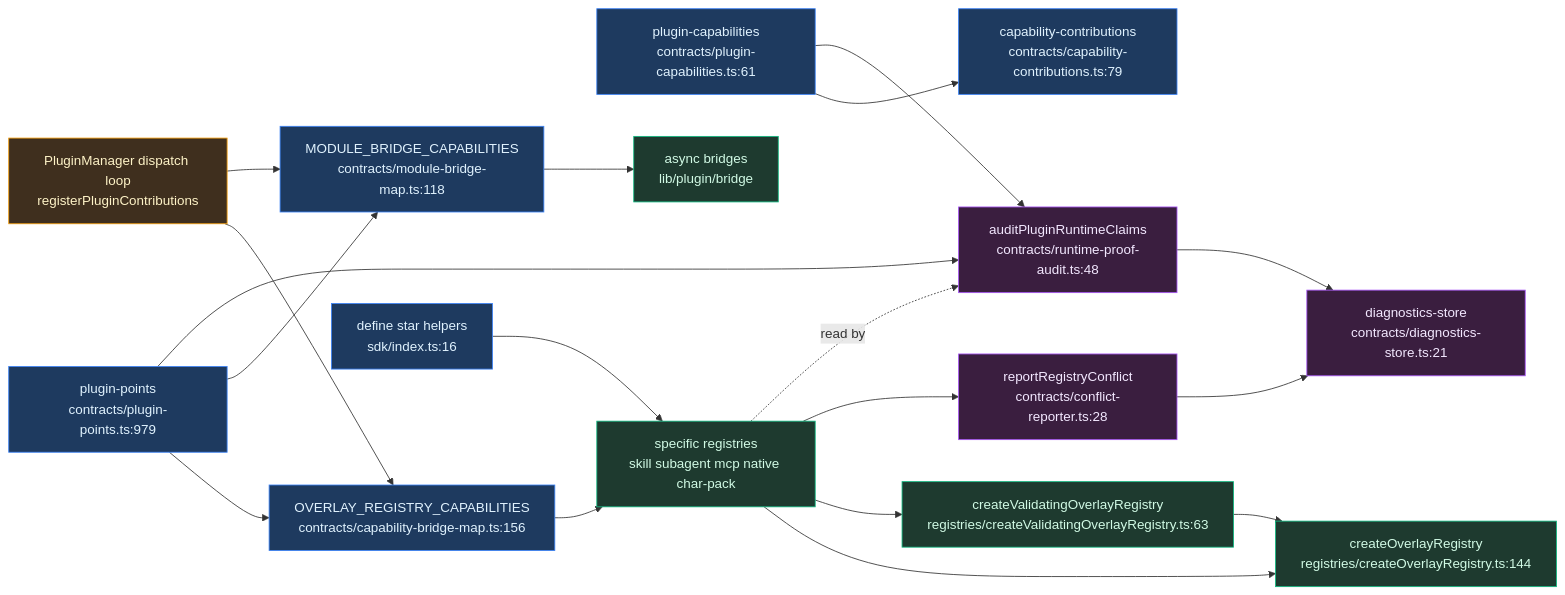
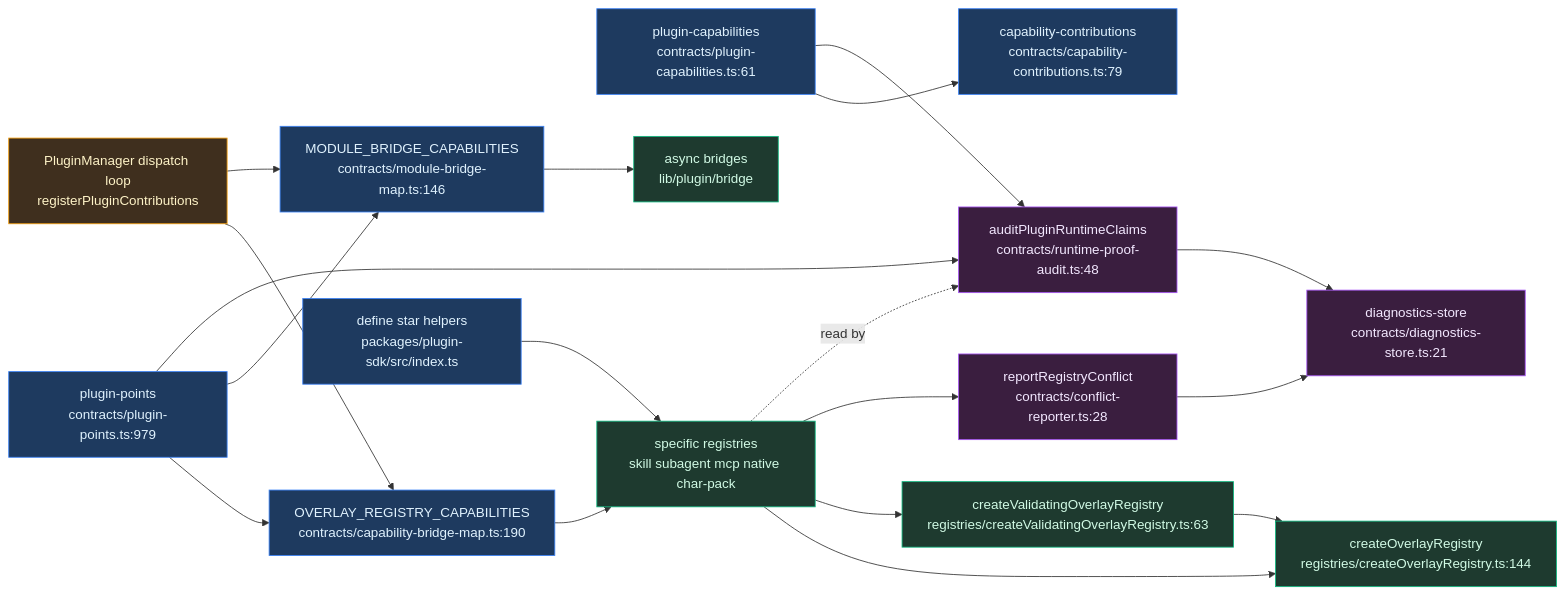
The diagram in docs/content/docs/en/subsystems/plugin-system/contracts-and-registries.mdx (MaxQian888/cognia-next), drawn with Mermaid before and after one commit. The commit also changed other lines of this file and 9 other files, not shown here.

````diff
--- a/docs/content/docs/en/subsystems/plugin-system/contracts-and-registries.mdx
+++ b/docs/content/docs/en/subsystems/plugin-system/contracts-and-registries.mdx
@@ -145,45 +142,45 @@
 ```mermaid
 graph LR
   PP["plugin-points<br/>contracts/plugin-points.ts:979"]
   PC["plugin-capabilities<br/>contracts/plugin-capabilities.ts:61"]
   CC["capability-contributions<br/>contracts/capability-contributions.ts:79"]
-  CBM["OVERLAY_REGISTRY_CAPABILITIES<br/>contracts/capability-bridge-map.ts:156"]
-  MBM["MODULE_BRIDGE_CAPABILITIES<br/>contracts/module-bridge-map.ts:118"]
-  DEF["define star helpers<br/>sdk/index.ts:16"]
+  CBM["OVERLAY_REGISTRY_CAPABILITIES<br/>contracts/capability-bridge-map.ts:190"]
+  MBM["MODULE_BRIDGE_CAPABILITIES<br/>contracts/module-bridge-map.ts:146"]
+  DEF["define star helpers<br/>packages/plugin-sdk/src/index.ts"]
   COR["createOverlayRegistry<br/>registries/createOverlayRegistry.ts:144"]
   CVOR["createValidatingOverlayRegistry<br/>registries/createValidatingOverlayRegistry.ts:63"]
   REG["specific registries<br/>skill subagent mcp native char-pack"]
   BR["async bridges<br/>lib/plugin/bridge"]
   MGR["PluginManager dispatch loop<br/>registerPluginContributions"]
   AUDIT["auditPluginRuntimeClaims<br/>contracts/runtime-proof-audit.ts:48"]
   CONF["reportRegistryConflict<br/>contracts/conflict-reporter.ts:28"]
   DIAG["diagnostics-store<br/>contracts/diagnostics-store.ts:21"]
 
   PP --> CBM
   PP --> MBM
   PC --> CC
   DEF --> REG
   CVOR --> COR
   REG --> COR
   REG --> CVOR
   CBM --> REG
   MBM --> BR
   MGR --> CBM
   MGR --> MBM
   REG --> CONF
   CONF --> DIAG
   PP --> AUDIT
   PC --> AUDIT
   REG -. "read by" .-> AUDIT
   AUDIT --> DIAG
 
   classDef contract fill:#1e3a5f,stroke:#3b82f6,color:#e0f2fe
   classDef registry fill:#1e3a2f,stroke:#10b981,color:#d1fae5
   classDef proof fill:#3a1e3f,stroke:#a855f7,color:#f3e8ff
   classDef dispatch fill:#3f2f1e,stroke:#f59e0b,color:#fef3c7
 
   class PP,PC,CC,CBM,MBM,DEF contract
   class COR,CVOR,REG,BR registry
   class AUDIT,CONF,DIAG proof
   class MGR dispatch
 ```
````
